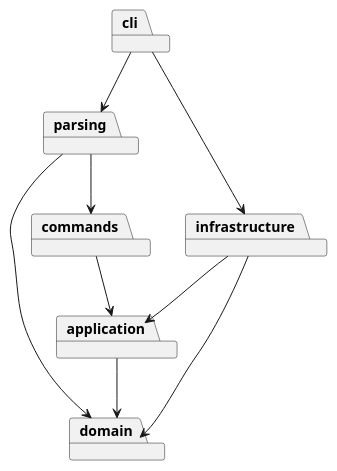
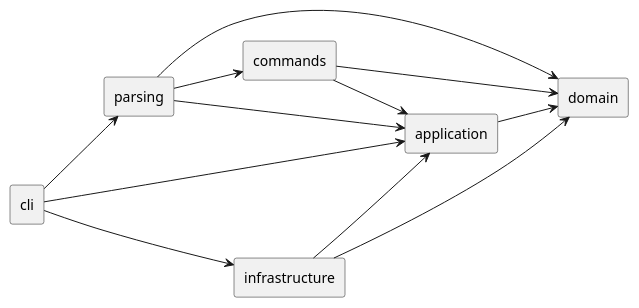
Before and after one commit to zhyy722/svg-editor-cli: the diagram in doc/README.md, drawn with PlantUML. The commit also changed other lines of this file and 3 other files, not shown here.

Commit message:
docs: complete architecture, actual iteration log and submission README

````diff
--- a/doc/README.md
+++ b/doc/README.md
@@ -16,18 +66,23 @@
 ```plantuml
 @startuml
-package cli
-package parsing
-package commands
-package application
-package domain
-package infrastructure
+skinparam componentStyle rectangle
+left to right direction
+component cli
+component parsing
+component commands
+component application
+component domain
+component infrastructure
 cli --> parsing
 cli --> infrastructure
+cli --> application
 parsing --> commands
+parsing --> application
 parsing --> domain
 commands --> application
+commands --> domain
 application --> domain
 infrastructure --> application
 infrastructure --> domain
 @enduml
 ```
````
